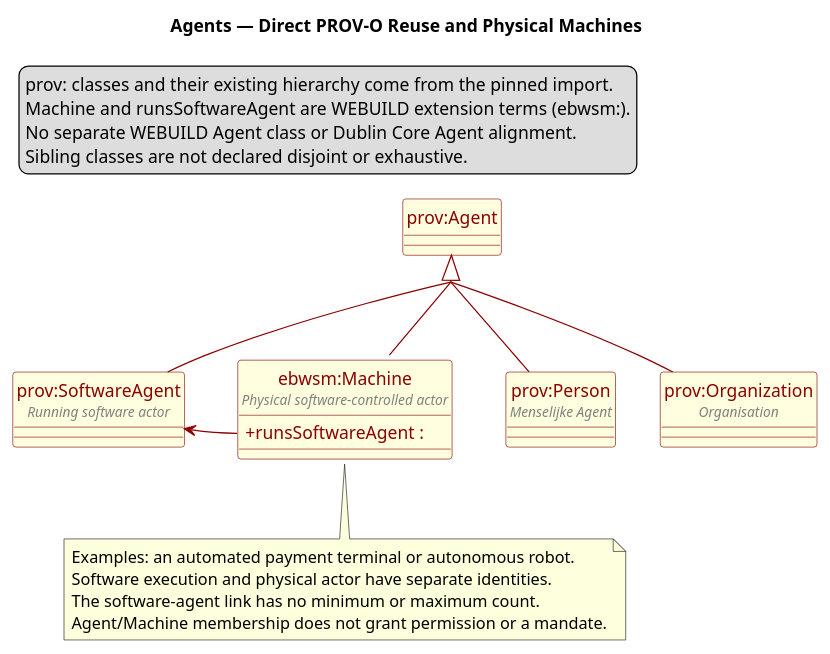
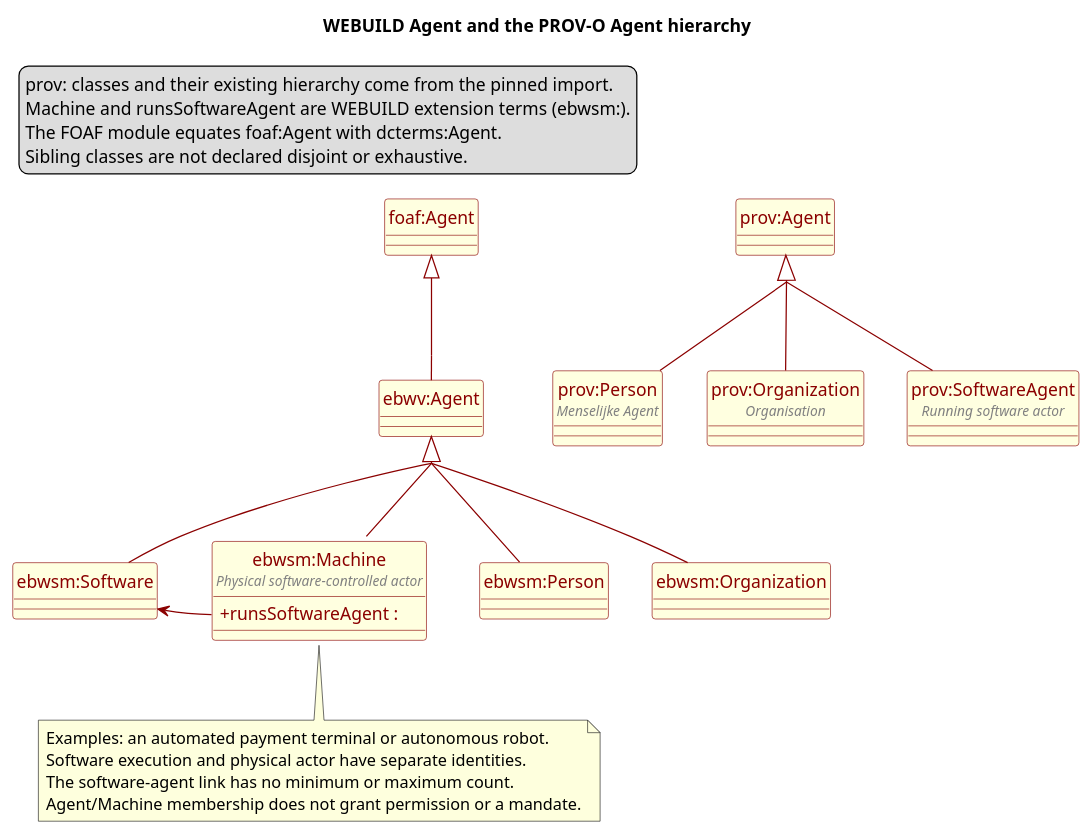
Before and after one commit to webuild-consortium/wp4-semantics-group: the diagram in semantics/model/Agents.PlantUML, drawn with PlantUML. The commit also changed 21 other files, not shown here.

Commit message:
Model WEBUILD agents and add the reviewed FOAF class module

```diff
--- a/semantics/model/Agents.PlantUML
+++ b/semantics/model/Agents.PlantUML
@@ -1,37 +1,46 @@
 @startuml Agents
-title Agents — Direct PROV-O Reuse and Physical Machines
+title WEBUILD Agent and the PROV-O Agent hierarchy
 
 skinparam groupInheritance 2
 skinparam ArrowColor DarkRed
 skinparam shadowing false
 skinparam classAttributeIconSize 0
 hide circle
 
+class "foaf:Agent" as FoafAgent #LightYellow;line:DarkRed;text:DarkRed
+class "ebwv:Agent" as WebuildAgent #LightYellow;line:DarkRed;text:DarkRed
+class "ebwsm:Software" as WebuildSoftware #LightYellow;line:DarkRed;text:DarkRed
+class "ebwsm:Person" as WebuildPerson #LightYellow;line:DarkRed;text:DarkRed
+class "ebwsm:Organization" as WebuildOrganization #LightYellow;line:DarkRed;text:DarkRed
 class "prov:Agent" as Agent #LightYellow;line:DarkRed;text:DarkRed
 class "prov:Person\n<size:11><color:gray><i>Menselijke Agent</i></color></size>" as Person #LightYellow;line:DarkRed;text:DarkRed
 class "prov:Organization\n<size:11><color:gray><i>Organisation</i></color></size>" as Organization #LightYellow;line:DarkRed;text:DarkRed
 class "prov:SoftwareAgent\n<size:11><color:gray><i>Running software actor</i></color></size>" as SoftwareAgent #LightYellow;line:DarkRed;text:DarkRed
 class "ebwsm:Machine\n<size:11><color:gray><i>Physical software-controlled actor</i></color></size>" as Machine #LightYellow;line:DarkRed;text:DarkRed {
  +runsSoftwareAgent :
 }
 
+FoafAgent <|-- WebuildAgent #line:DarkRed;text:DarkRed
+WebuildAgent <|-- WebuildPerson #line:DarkRed;text:DarkRed
+WebuildAgent <|-- WebuildOrganization #line:DarkRed;text:DarkRed
 Agent <|-- Person #line:DarkRed;text:DarkRed
 Agent <|-- Organization #line:DarkRed;text:DarkRed
 Agent <|-- SoftwareAgent #line:DarkRed;text:DarkRed
-Agent <|-- Machine #line:DarkRed;text:DarkRed
-Machine::runsSoftwareAgent -left-> SoftwareAgent #line:DarkRed;text:DarkRed
+WebuildAgent <|-- WebuildSoftware #line:DarkRed;text:DarkRed
+WebuildAgent <|-- Machine #line:DarkRed;text:DarkRed
+Machine::runsSoftwareAgent -left-> WebuildSoftware #line:DarkRed;text:DarkRed
 
 note bottom of Machine
   Examples: an automated payment terminal or autonomous robot.
   Software execution and physical actor have separate identities.
   The software-agent link has no minimum or maximum count.
   Agent/Machine membership does not grant permission or a mandate.
 end note
 
 legend top left
   prov: classes and their existing hierarchy come from the pinned import.
   Machine and runsSoftwareAgent are WEBUILD extension terms (ebwsm:).
-  No separate WEBUILD Agent class or Dublin Core Agent alignment.
+  The FOAF module equates foaf:Agent with dcterms:Agent.
   Sibling classes are not declared disjoint or exhaustive.
 endlegend
 @enduml
```
